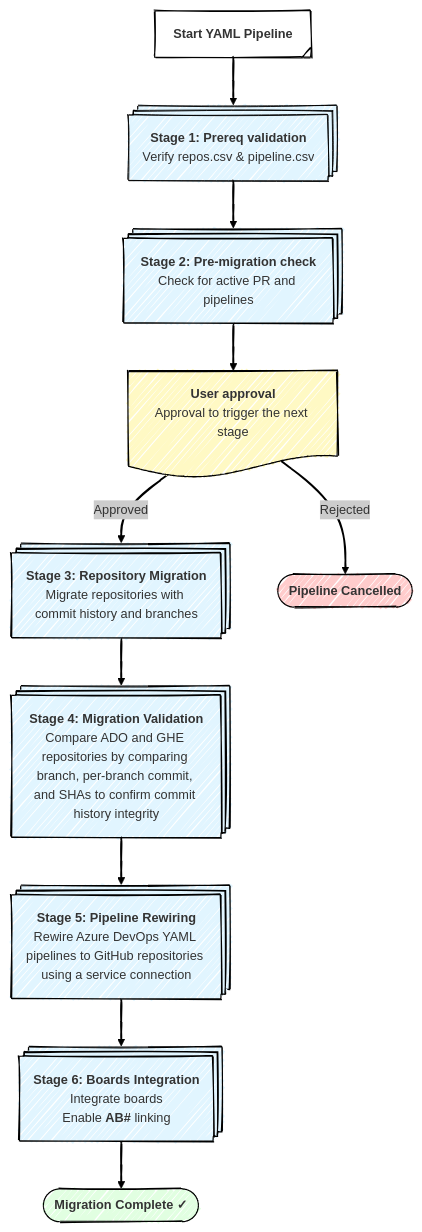
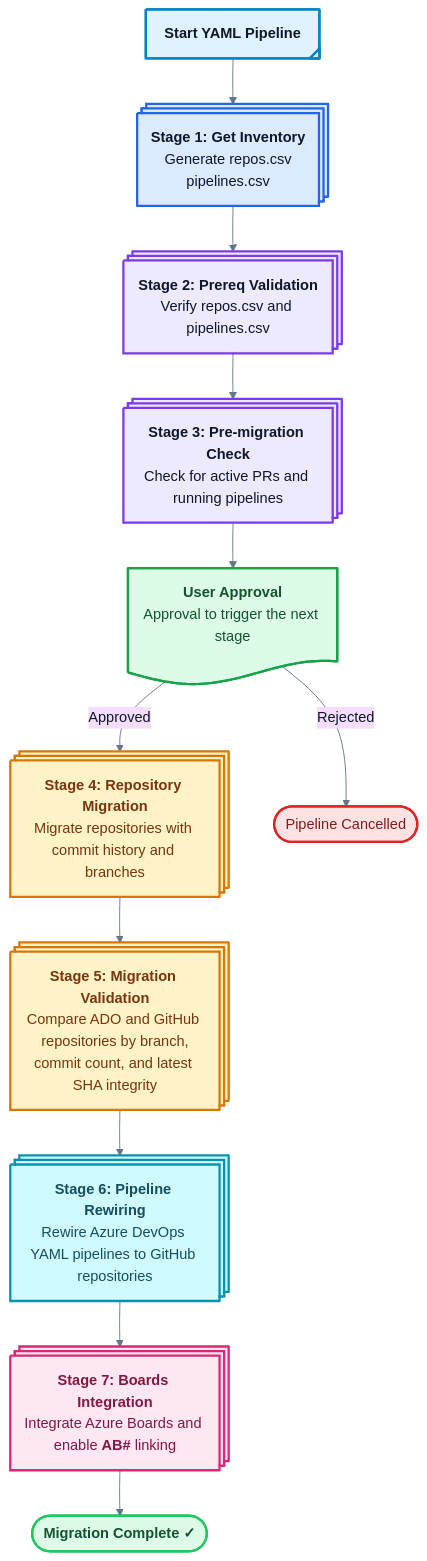
The diagram in README.md (pinakighatak/ado2gh-ado-pipeline), drawn with Mermaid before and after one commit. The commit also changed other lines of this file and 15 other files, not shown here.

````diff
--- a/README.md
+++ b/README.md
@@ -56,37 +56,60 @@
 ```mermaid
 ---
 config:
-  theme: neo
+  theme: base
   layout: dagre
-  look: handDrawn
+  themeVariables:
+    primaryTextColor: "#0F172A"
+    secondaryTextColor: "#1E293B"
+    tertiaryTextColor: "#334155"
+    lineColor: "#64748B"
+    primaryBorderColor: "#94A3B8"
+    clusterBkg: "#F8FAFC"
+    clusterBorder: "#CBD5E1"
+    fontFamily: "Segoe UI, Arial, sans-serif"
+
 ---
 flowchart TB
-    Start["<b>Start YAML Pipeline</b>"] --> Stage1["<b>Stage 1: Prereq validation</b><br>Verify repos.csv & pipeline.csv"]
-    Stage1 --> Stage2["<b>Stage 2: Pre-migration check</b><br>Check for active PR and pipelines"]
-    Stage2 --> Gate1["<b>User approval</b><br>Approval to trigger the next stage"]
-    Gate1 -- Approved --> Stage3["<b>Stage 3: Repository Migration</b><br>Migrate repositories with commit history and branches"]
-    Gate1 -- Rejected --> End1["<b>Pipeline Cancelled</b>"]
-    Stage3 --> Stage4["<b>Stage 4: Migration Validation</b><br>Compare ADO and GHE repositories by comparing branch, per-branch commit, and SHAs to confirm commit history integrity"]
-    Stage4 --> Stage5["<b>Stage 5: Pipeline Rewiring</b><br>Rewire Azure DevOps YAML pipelines to GitHub repositories using a service connection"]
-    Stage5 --> Stage6["<b>Stage 6: Boards Integration</b><br>Integrate boards<br>Enable <b>AB#</b> linking"]
-    Stage6 --> Success(["<b>Migration Complete ✓</b>"])
+   Start["<b>Start YAML Pipeline</b>"] --> Stage1["<b>Stage 1: Get Inventory</b></br>Generate repos.csv<br/>pipelines.csv"]
+   Stage1 --> Stage2["<b>Stage 2: Prereq Validation</b><br>Verify repos.csv and pipelines.csv"]
+   Stage2 --> Stage3["<b>Stage 3: Pre-migration Check</b><br>Check for active PRs and running pipelines"]
+   Stage3 --> Gate1["<b>User Approval</b><br>Approval to trigger the next stage"]
+   Gate1 -- Approved --> Stage4["<b>Stage 4: Repository Migration</b><br>Migrate repositories with commit history and branches"]
+   Gate1 -- Rejected --> End1["Pipeline Cancelled"]
+   Stage4 --> Stage5["<b>Stage 5: Migration Validation</b><br>Compare ADO and GitHub repositories by branch,<br>commit count, and latest SHA integrity"]
+   Stage5 --> Stage6["<b>Stage 6: Pipeline Rewiring</b><br>Rewire Azure DevOps YAML pipelines to GitHub repositories"]
+   Stage6 --> Stage7["<b>Stage 7: Boards Integration</b><br>Integrate Azure Boards and enable <b>AB#</b> linking"]
+   Stage7 --> Success(["<b>Migration Complete ✓</b>"])
     
-    Start@{ shape: tag-proc}
-    Stage1@{ shape: procs}
-    Stage2@{ shape: procs}
-    Gate1@{ shape: doc}
-    Stage3@{ shape: procs}
-    End1@{ shape: terminal}
-    Stage4@{ shape: procs}
-    Stage5@{ shape: procs}
-    Stage6@{ shape: procs}
-    style Stage1 fill:#e1f5ff,stroke-width:1px,stroke-dasharray: 0
-    style Stage2 fill:#e1f5ff
-    style Gate1 fill:#FFF9C4
-    style Stage3 fill:#e1f5ff
-    style End1 fill:#ffcccc
-    style Stage4 fill:#e1f5ff
-    style Stage5 fill:#e1f5ff
-    style Stage6 fill:#e1f5ff
-    style Success fill:#e1ffe1
+   Start@{ shape: tag-proc}
+   Stage1@{ shape: procs}
+   Stage2@{ shape: procs}
+   Stage3@{ shape: procs}
+   Gate1@{ shape: doc}
+   End1@{ shape: terminal}
+   Stage4@{ shape: procs}
+   Stage5@{ shape: procs}
+   Stage6@{ shape: procs}
+   Stage7@{ shape: procs}
+
+   classDef kickoff fill:#E0F2FE,stroke:#0284C7,color:#0F172A,stroke-width:2.5px;
+   classDef inventory fill:#DBEAFE,stroke:#2563EB,color:#0F172A,stroke-width:2.5px;
+   classDef validation fill:#EDE9FE,stroke:#7C3AED,color:#0F172A,stroke-width:2.5px;
+   classDef gate fill:#DCFCE7,stroke:#16A34A,color:#14532D,stroke-width:2.5px;
+   classDef migration fill:#FEF3C7,stroke:#D97706,color:#78350F,stroke-width:2.5px;
+   classDef rewire fill:#CFFAFE,stroke:#0891B2,color:#164E63,stroke-width:2.5px;
+   classDef boards fill:#FCE7F3,stroke:#DB2777,color:#831843,stroke-width:2.5px;
+   classDef success fill:#DCFCE7,stroke:#22C55E,color:#14532D,stroke-width:2.5px;
+   classDef cancelled fill:#FEE2E2,stroke:#DC2626,color:#7F1D1D,stroke-width:2.5px;
+
+   class Start kickoff;
+   class Stage1 inventory;
+   class Stage2,Stage3 validation;
+   class Gate1 gate;
+   class Stage4,Stage5 migration;
+   class Stage6 rewire;
+   class Stage7 boards;
+   class Success success;
+   class End1 cancelled;
+
 ```
````
